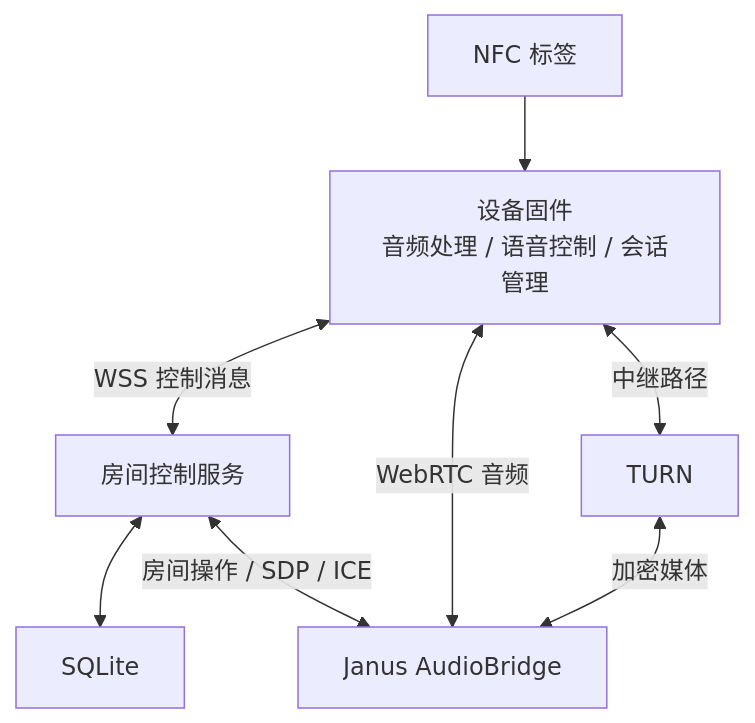
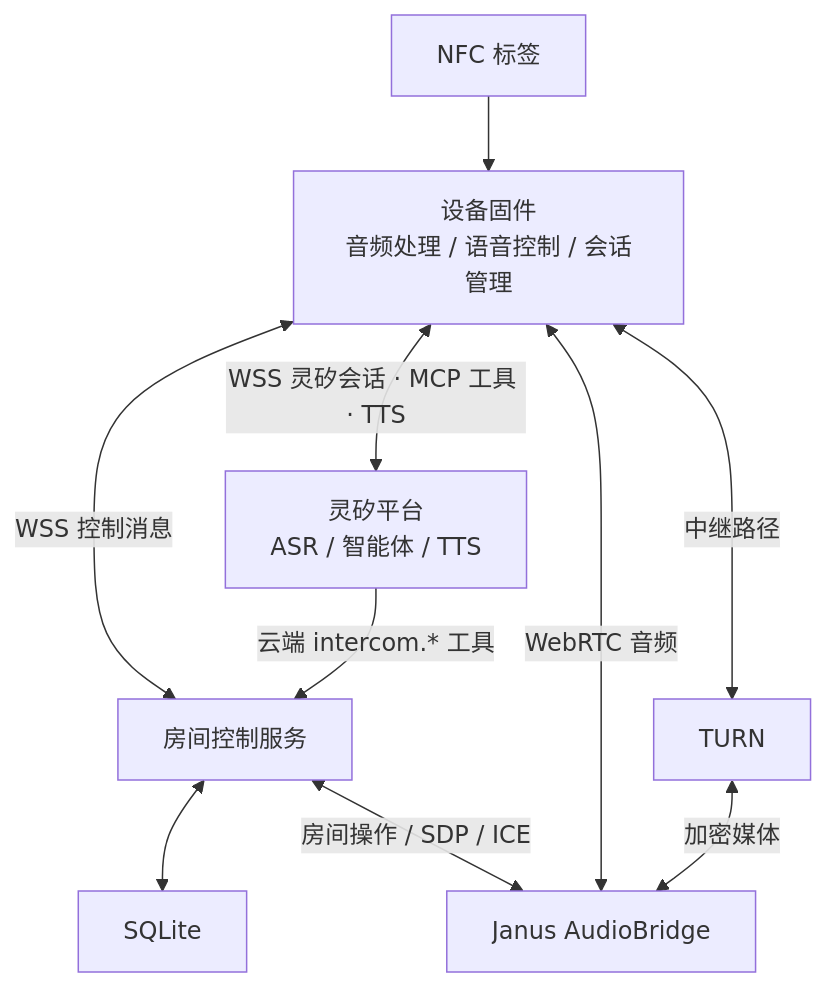
One commit to Shi1xin/linx-intercom changed the first of 7 diagrams in docs/architecture-design.md. Above: the diagram before and after it, drawn with Mermaid. The commit also changed other lines of this file and 32 other files, not shown here.

````diff
--- a/docs/architecture-design.md
+++ b/docs/architecture-design.md
@@ -9,10 +11,12 @@
 ```mermaid
 flowchart TB
     N["NFC 标签"] --> D["设备固件<br/>音频处理 / 语音控制 / 会话管理"]
     D <-->|WSS 控制消息| C["房间控制服务"]
+    D <-->|WSS 灵矽会话 · MCP 工具 · TTS| P["灵矽平台<br/>ASR / 智能体 / TTS"]
     C <--> S["SQLite"]
     C <-->|房间操作 / SDP / ICE| J["Janus AudioBridge"]
+    P -->|云端 intercom.* 工具| C
     D <-->|WebRTC 音频| J
     D <-->|中继路径| T["TURN"]
     T <-->|加密媒体| J
 ```
````
